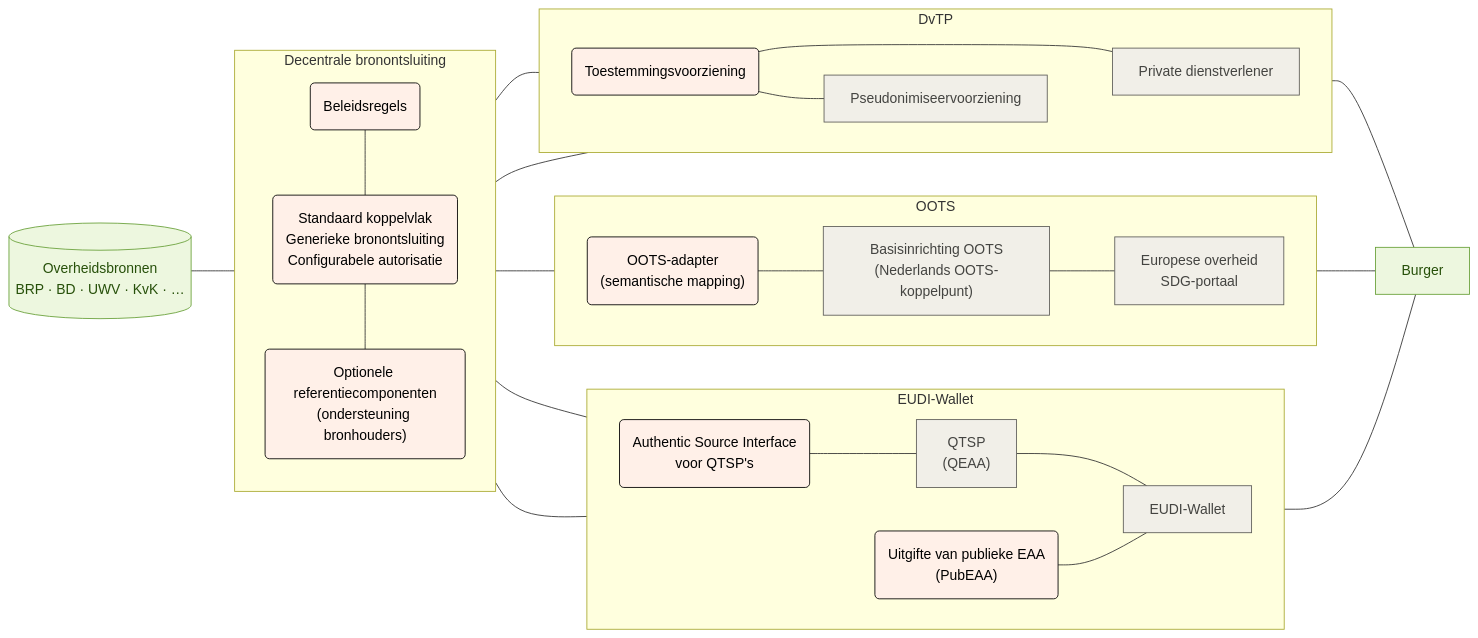
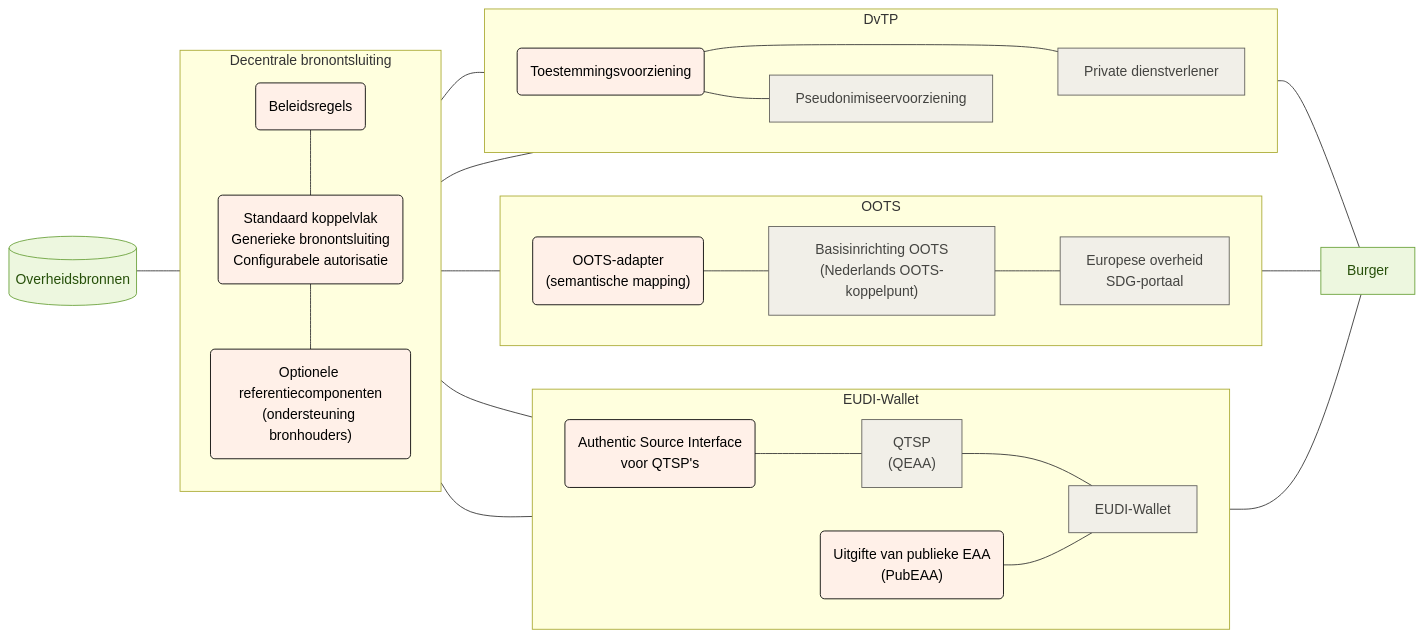
One commit to ICTU/GBO-GO changed the diagram in pr-preview/pr-59/diagrammen/gbo_swimlanes_functioneel.mmd. Above: the diagram before and after it, drawn with Mermaid. The commit also changed 5 other files, not shown here.

```diff
--- a/pr-preview/pr-59/diagrammen/gbo_swimlanes_functioneel.mmd
+++ b/pr-preview/pr-59/diagrammen/gbo_swimlanes_functioneel.mmd
@@ -1,67 +1,67 @@
 flowchart LR
   subgraph gbo["Decentrale bronontsluiting"]
     direction TB
         fsc_pap("Beleidsregels")
         fsc("Standaard koppelvlak<br/>Generieke bronontsluiting<br/>Configurabele autorisatie")
         fsc_tools("Optionele referentiecomponenten<br/>(ondersteuning bronhouders)")
   end
   subgraph eudi["EUDI-Wallet"]
     direction LR
         eudi_asi("Authentic Source Interface<br/>voor QTSP's")
         eudi_pubeaa("Uitgifte van publieke EAA<br/>(PubEAA)")
         eudi_qeaa["QTSP<br/>(QEAA)"]
         eudi_wallet["EUDI-Wallet"]
   end
   subgraph oots["OOTS"]
     direction LR
         oots_adapter("OOTS-adapter<br/>(semantische mapping)")
         oots_basis["Basisinrichting OOTS<br/>(Nederlands OOTS-koppelpunt)"]
         oots_afnemer["Europese overheid<br/>SDG-portaal"]
   end
   subgraph dvtp["DvTP"]
     direction LR
         dvtp_toestemming("Toestemmingsvoorziening")
         dvtp_pseudoniem["Pseudonimiseervoorziening"]
         dvtp_afnemer["Private dienstverlener"]
   end
 
   fsc_pap --- fsc
   fsc --- fsc_tools
-  bron[("Overheidsbronnen<br/>BRP · BD · UWV · KvK · …")] --- gbo
+  bron[("Overheidsbronnen")] --- gbo
   eudi_asi --- eudi_qeaa
   eudi_qeaa --- eudi_wallet
   gbo --- eudi_asi & eudi_pubeaa & oots_adapter & dvtp_afnemer
   eudi_pubeaa --- eudi_wallet
   oots_adapter --- oots_basis
   oots_basis --- oots_afnemer
   gbo --- dvtp_toestemming
   dvtp_toestemming --- dvtp_afnemer
   dvtp_toestemming --- dvtp_pseudoniem
   dvtp_pseudoniem ~~~ dvtp_afnemer
   eudi_wallet --- burger["Burger"]
   oots_afnemer --- burger
   dvtp_afnemer --- burger
 
   fsc_pap:::gbo
   fsc:::gbo
   fsc_tools:::gbo
   eudi_asi:::gbo
   eudi_pubeaa:::gbo
   eudi_qeaa:::eudi
   eudi_wallet:::eudi
   oots_adapter:::gbo
   oots_basis:::oots
   oots_afnemer:::oots
   dvtp_toestemming:::gbo
   dvtp_pseudoniem:::dvtp
   dvtp_afnemer:::dvtp
   bron:::bron
   burger:::burger
 
   classDef bron fill:#edf7df,stroke:#6aa13a,color:#27500a
   classDef generiek fill:#f1efe8,stroke:#5f5e5a,color:#444441
   classDef eudi fill:#f1efe8,stroke:#5f5e5a,color:#444441
   classDef oots fill:#f1efe8,stroke:#5f5e5a,color:#444441
   classDef dvtp fill:#f1efe8,stroke:#5f5e5a,color:#444441
   classDef gbo fill:#fff0e8,stroke:#000000,color:#000000
   classDef burger fill:#edf7df,stroke:#6aa13a,color:#27500a
```
